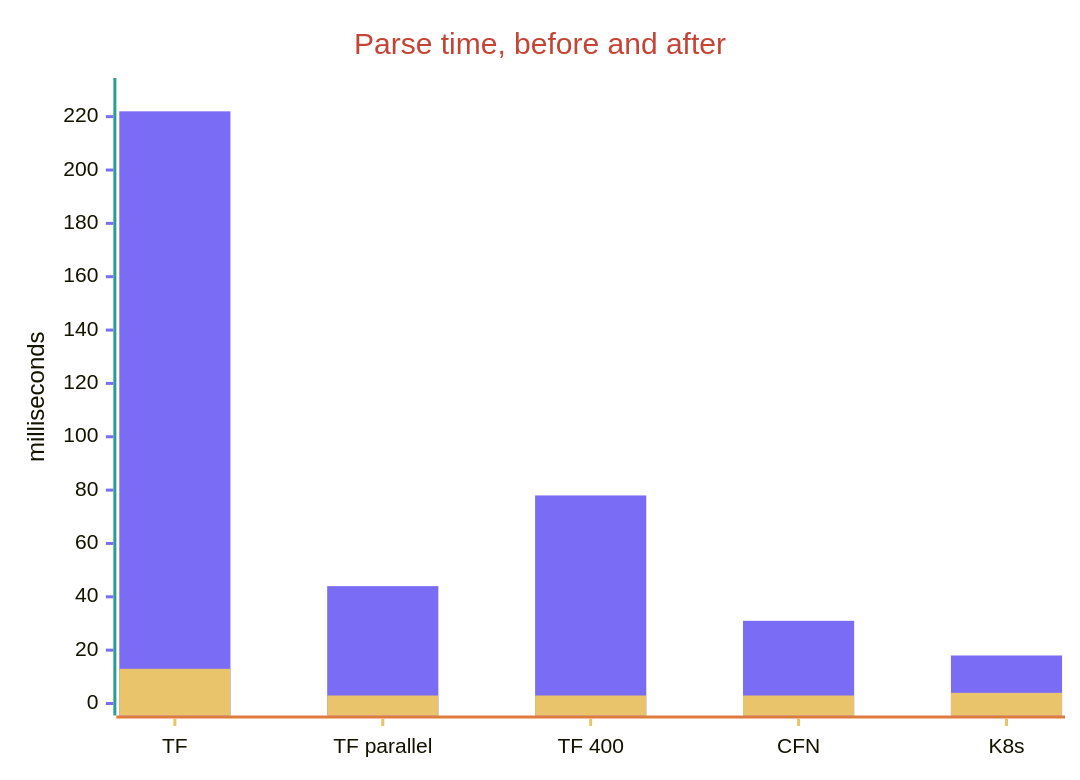
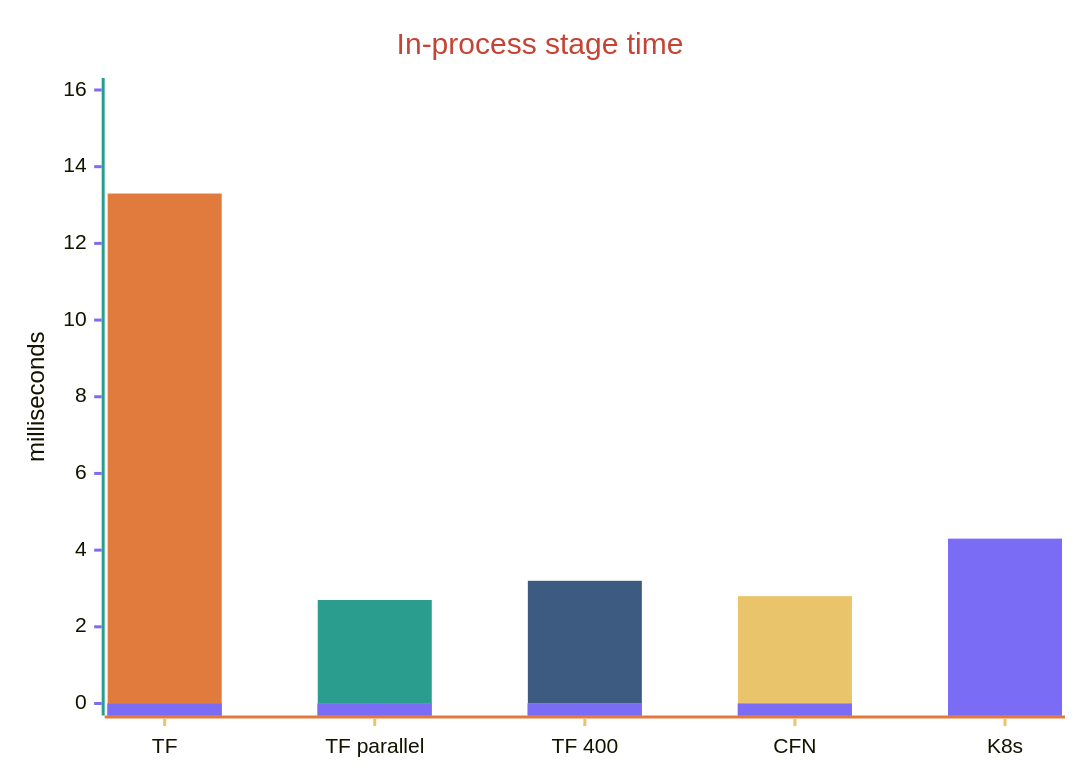
Before and after one commit to jose-compu/rustmaninoff: the third of 3 diagrams in README.md, drawn with Mermaid. The commit also changed other lines of this file, not shown here.

First line of the commit message:
Drop the internal before-and-after times from the README.

````diff
--- a/README.md
+++ b/README.md
@@ -132,9 +132,12 @@
 ```mermaid
-%%{init: {"themeVariables": {"xyChart": {"plotColorPalette": "#7B6CF6, #E9C46A", "titleColor": "#C44536", "xAxisLineColor": "#E07A3D", "yAxisLineColor": "#2A9D8F", "xAxisTickColor": "#E9C46A", "yAxisTickColor": "#7B6CF6"}}}}%%
+%%{init: {"themeVariables": {"xyChart": {"plotColorPalette": "#E07A3D, #2A9D8F, #3D5A80, #E9C46A, #7B6CF6", "titleColor": "#C44536", "xAxisLineColor": "#E07A3D", "yAxisLineColor": "#2A9D8F", "xAxisTickColor": "#E9C46A", "yAxisTickColor": "#7B6CF6"}}}}%%
 xychart-beta
-    title "Parse time, before and after"
+    title "In-process stage time"
     x-axis ["TF", "TF parallel", "TF 400", "CFN", "K8s"]
-    y-axis "milliseconds" 0 --> 230
-    bar "Before" [222, 44, 78, 31, 18]
-    bar "After" [13, 3, 3, 3, 4]
+    y-axis "milliseconds" 0 --> 16
+    bar "TF" [13.3, 0, 0, 0, 0]
+    bar "TF parallel" [0, 2.7, 0, 0, 0]
+    bar "TF 400" [0, 0, 3.2, 0, 0]
+    bar "CFN" [0, 0, 0, 2.8, 0]
+    bar "K8s" [0, 0, 0, 0, 4.3]
 ```
````
